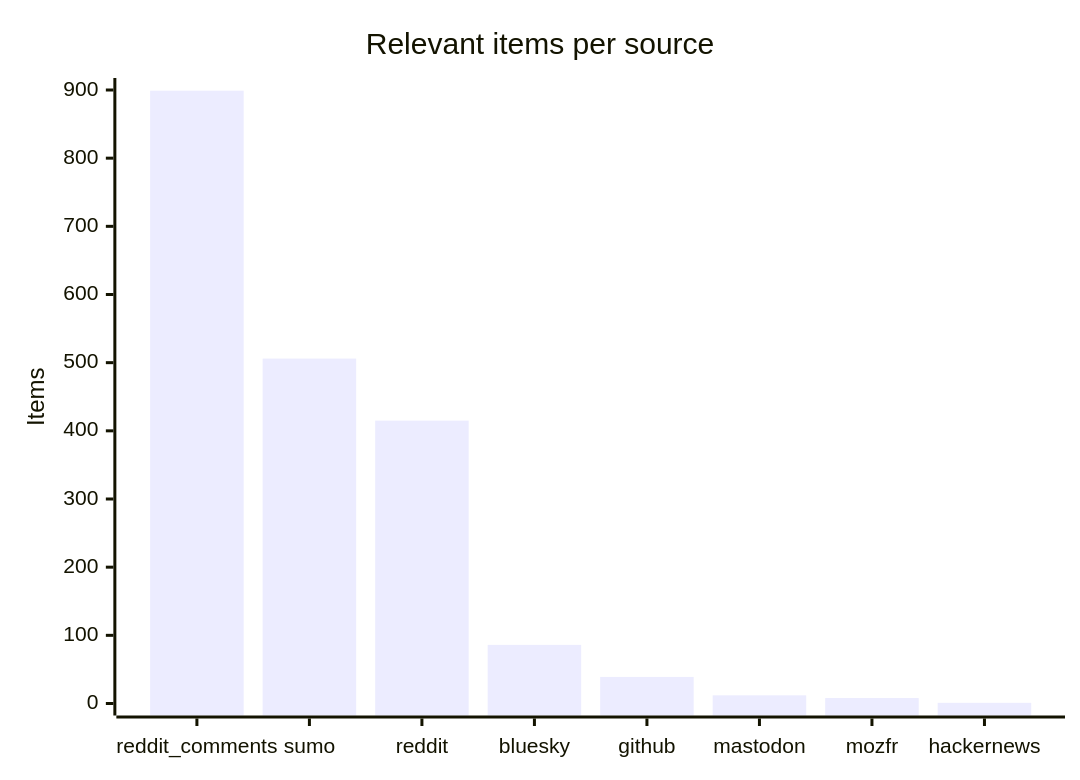
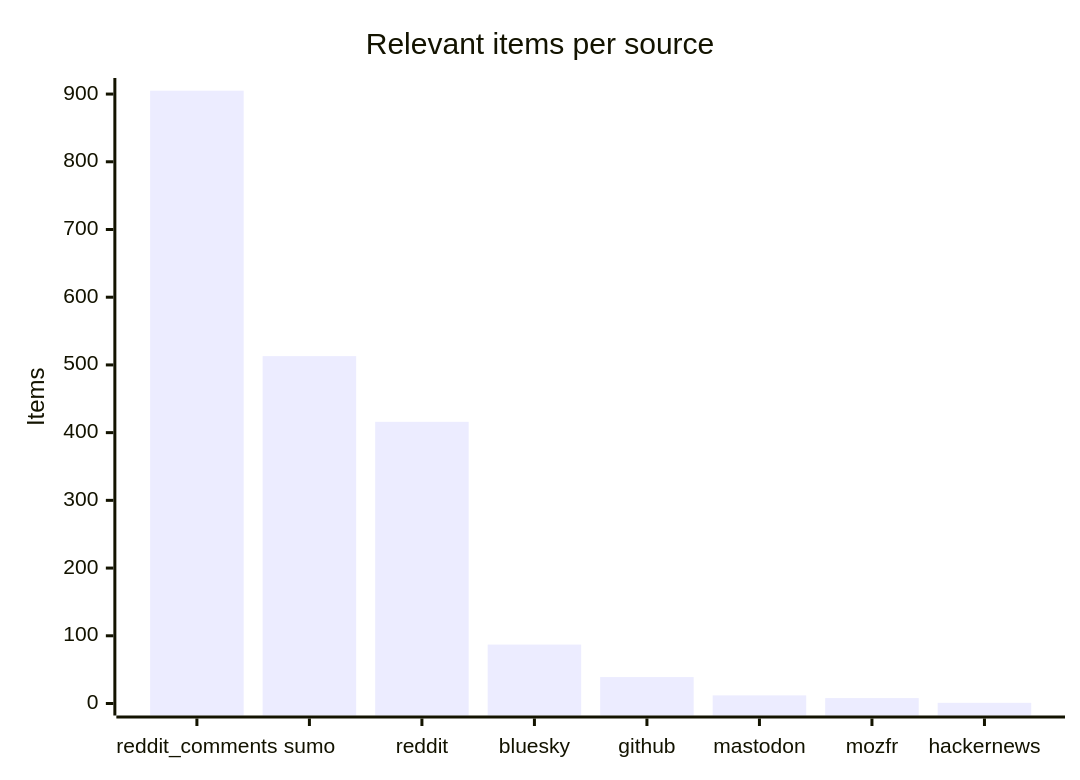
Before and after one commit to martinbalfanz/social-scanner-reports: the third of 4 diagrams in README.md, drawn with Mermaid. The commit also changed other lines of this file and 4 other files, not shown here.

````diff
--- a/README.md
+++ b/README.md
@@ -48,7 +48,7 @@
 ```mermaid
 xychart-beta
     title "Relevant items per source"
     x-axis ["reddit_comments", "sumo", "reddit", "bluesky", "github", "mastodon", "mozfr", "hackernews"]
-    y-axis "Items" 0 --> 900
-    bar [899, 506, 415, 86, 39, 12, 8, 1]
+    y-axis "Items" 0 --> 906
+    bar [905, 513, 416, 87, 39, 12, 8, 1]
 ```
````
